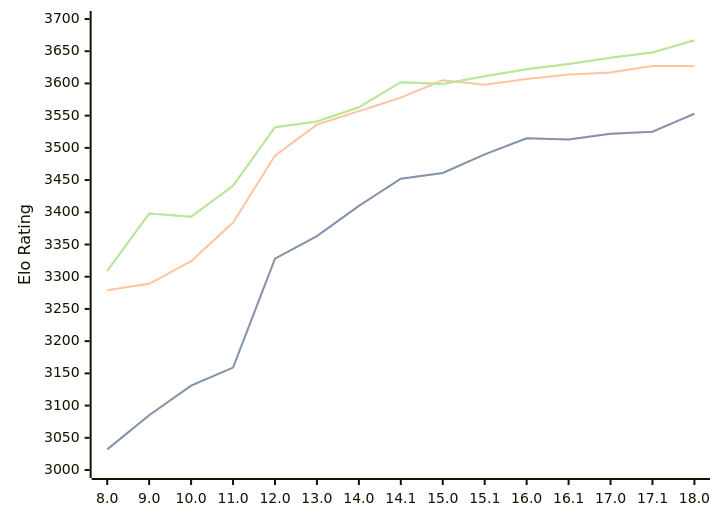
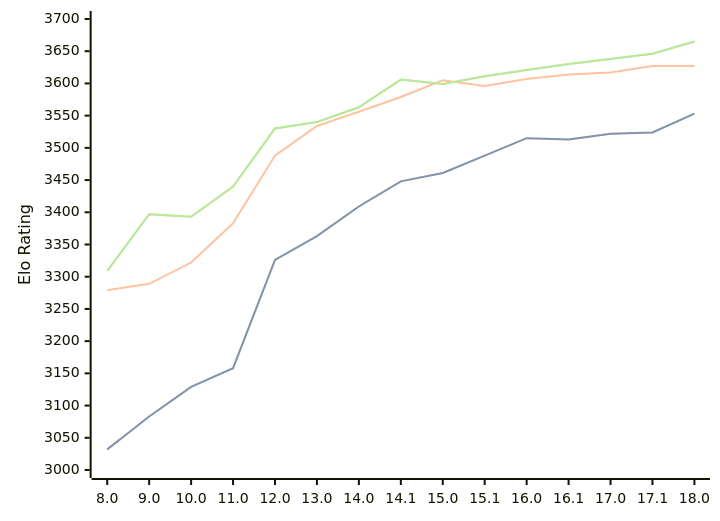
Before and after one commit to computer-chess-index/cci: the diagram in engines/Stockfish.md, drawn with Mermaid. The commit also changed other lines of this file, not shown here.

Commit message:
Update CCI Ratings (ELO VLTC) - 2026-03-07

````diff
--- a/engines/Stockfish.md
+++ b/engines/Stockfish.md
@@ -44,11 +44,11 @@
 ```mermaid
 %%{init: {"theme":"base","themeVariables":{"seriesColors:['#a3a3a3','#222221','#faa371']}}}%%
 xychart-beta
   x-axis ["8.0", "9.0", "10.0", "11.0", "12.0", "13.0", "14.0", "14.1", "15.0", "15.1", "16.0", "16.1", "17.0", "17.1", "18.0"]
   y-axis "Elo Rating" 3000 --> 3700
-  line "STC (8.0+0.08s)" [3032, 3085, 3131, 3159, 3328, 3363, 3410, 3452, 3461, 3490, 3515, 3513, 3522, 3525, 3553]
-  line "STC (8.0+0.08s)" [3032, 3085, 3131, 3159, 3328, 3363, 3410, 3452, 3461, 3490, 3515, 3513, 3522, 3525, 3553]
-  line "LTC (60.0+0.60s)" [3279, 3289, 3324, 3384, 3488, 3536, 3557, 3578, 3605, 3598, 3607, 3614, 3617, 3627, 3627]
-  line "VLTC (2m24s+1.12s)" [3309, 3398, 3393, 3441, 3532, 3541, 3563, 3602, 3599, 3611, 3622, 3630, 3640, 3648, 3667]
-  line "VLTC (2m24s+1.12s)" [3309, 3398, 3393, 3441, 3532, 3541, 3563, 3602, 3599, 3611, 3622, 3630, 3640, 3648, 3667]
+  line "STC (8.0+0.08s)" [3032, 3083, 3129, 3158, 3326, 3363, 3409, 3448, 3461, 3488, 3515, 3513, 3522, 3524, 3553]
+  line "STC (8.0+0.08s)" [3032, 3083, 3129, 3158, 3326, 3363, 3409, 3448, 3461, 3488, 3515, 3513, 3522, 3524, 3553]
+  line "LTC (60.0+0.60s)" [3279, 3289, 3322, 3383, 3488, 3534, 3556, 3579, 3605, 3596, 3607, 3614, 3617, 3627, 3627]
+  line "VLTC (2m24s+1.12s)" [3309, 3397, 3393, 3440, 3530, 3540, 3563, 3606, 3599, 3611, 3621, 3630, 3638, 3646, 3665]
+  line "VLTC (2m24s+1.12s)" [3309, 3397, 3393, 3440, 3530, 3540, 3563, 3606, 3599, 3611, 3621, 3630, 3638, 3646, 3665]
 ```
````
